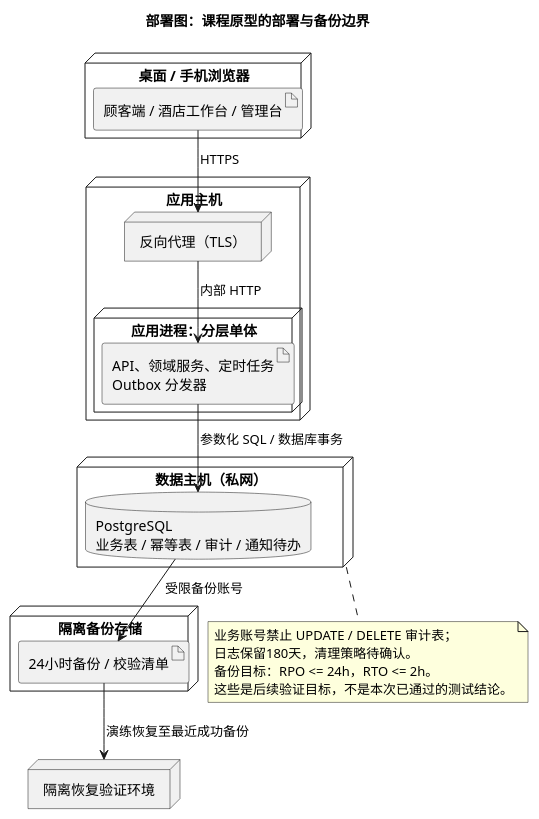
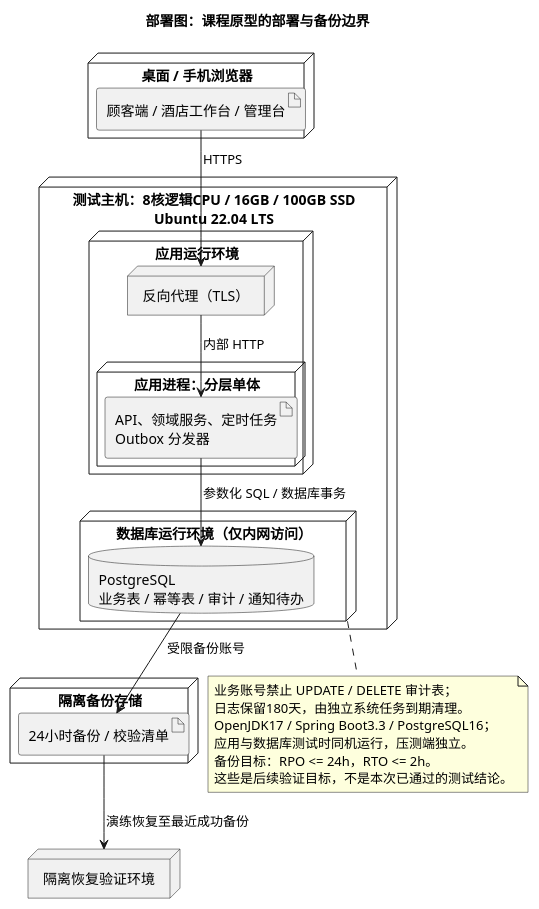
Before and after one commit to bear0327/software-engineering-lab: the diagram in 实验2_241820122_商世雄/UML/09_部署图.puml, drawn with PlantUML. The commit also changed 18 other files, not shown here.

```diff
--- a/实验2_241820122_商世雄/UML/09_部署图.puml
+++ b/实验2_241820122_商世雄/UML/09_部署图.puml
@@ -1,34 +1,38 @@
 @startuml
 !pragma layout smetana
 title 部署图：课程原型的部署与备份边界
 skinparam defaultFontName Microsoft YaHei
 skinparam shadowing false
 skinparam backgroundColor white
 node "桌面 / 手机浏览器" as browser {
   artifact "顾客端 / 酒店工作台 / 管理台" as web
 }
-node "应用主机" as app {
+node "测试主机：8核逻辑CPU / 16GB / 100GB SSD\nUbuntu 22.04 LTS" as testHost {
+node "应用运行环境" as app {
   node "反向代理（TLS）" as proxy
   node "应用进程：分层单体" as process {
     artifact "API、领域服务、定时任务\nOutbox 分发器" as api
   }
 }
-node "数据主机（私网）" as data {
+node "数据库运行环境（仅内网访问）" as data {
   database "PostgreSQL\n业务表 / 幂等表 / 审计 / 通知待办" as db
+}
 }
 node "隔离备份存储" as backup {
   artifact "24小时备份 / 校验清单" as dump
 }
 node "隔离恢复验证环境" as restore
 web --> proxy : HTTPS
 proxy --> api : 内部 HTTP
 api --> db : 参数化 SQL / 数据库事务
 db --> dump : 受限备份账号
 dump --> restore : 演练恢复至最近成功备份
 note bottom of data
 业务账号禁止 UPDATE / DELETE 审计表；
-日志保留180天，清理策略待确认。
+日志保留180天，由独立系统任务到期清理。
+OpenJDK17 / Spring Boot3.3 / PostgreSQL16；
+应用与数据库测试时同机运行，压测端独立。
 备份目标：RPO <= 24h，RTO <= 2h。
 这些是后续验证目标，不是本次已通过的测试结论。
 end note
 @enduml
```
